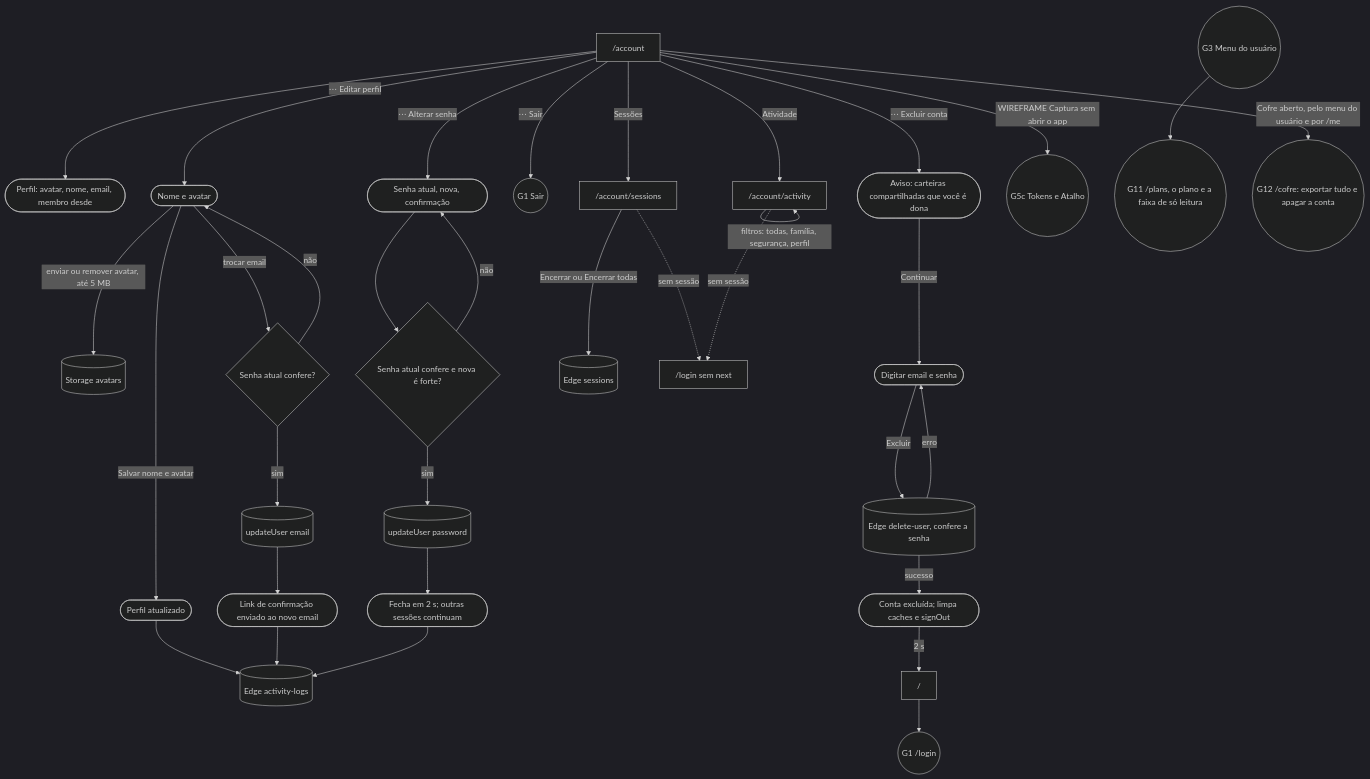
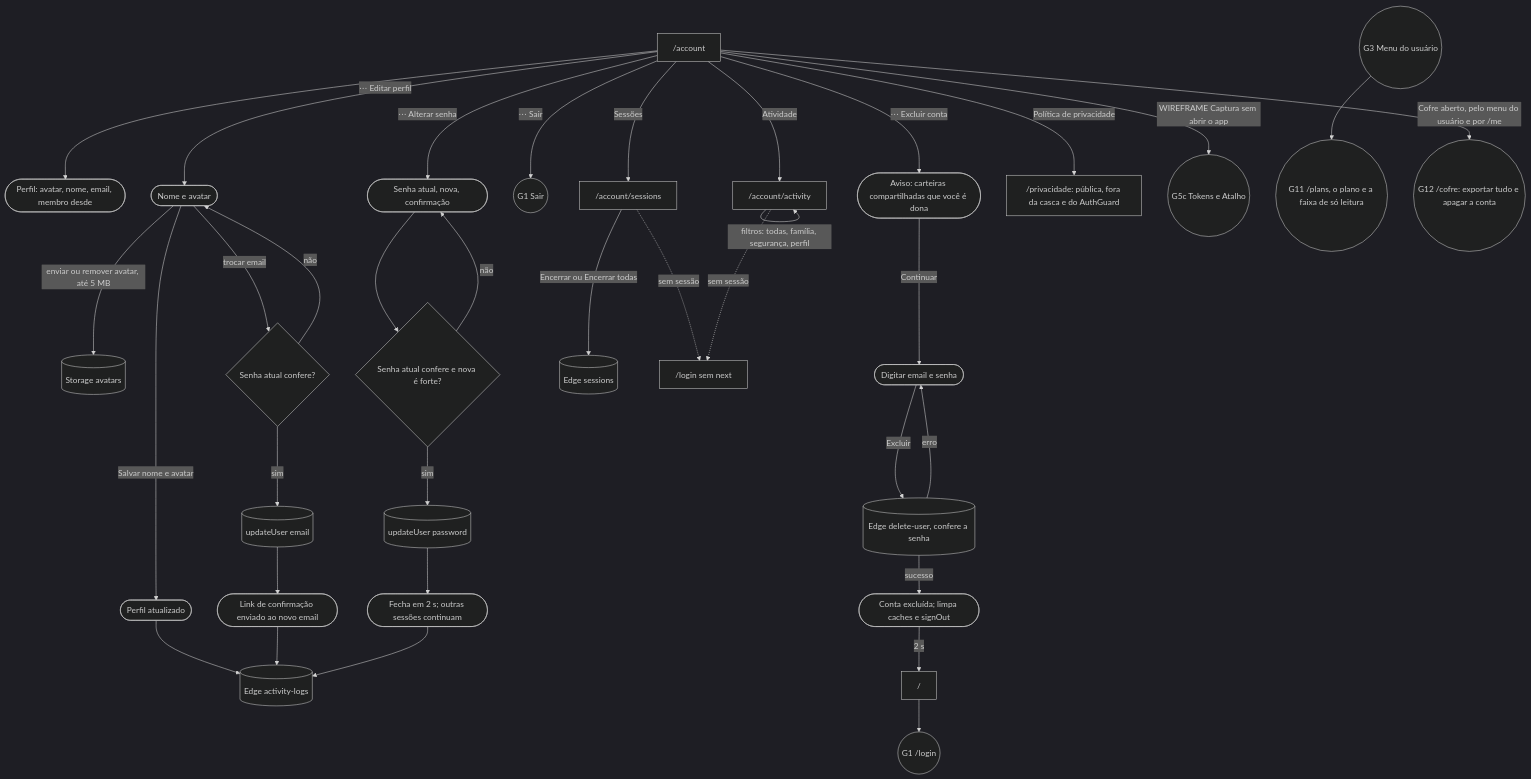
Diagram 15 of 31 in docs/JORNADAS.md (kauax2000/finance_app), drawn with Mermaid before and after one commit. The commit also changed other lines of this file and 5 other files, not shown here.

Commit message:
feat(account): a política de privacidade mora em Minha conta

````diff
--- a/docs/JORNADAS.md
+++ b/docs/JORNADAS.md
@@ -1206,38 +1207,39 @@
 ```mermaid
 %%{init: {"theme": "dark"}}%%
 flowchart TD
     account["/account"] --> card(["Perfil: avatar, nome, email, membro desde"])
     account -->|"⋯ Editar perfil"| profile(["Nome e avatar"])
     profile -->|"enviar ou remover avatar, até 5 MB"| storage[("Storage avatars")]
     profile -->|"Salvar nome e avatar"| profileOk(["Perfil atualizado"])
     profile -->|"trocar email"| emailPwd{"Senha atual confere?"}
     emailPwd -->|"não"| profile
     emailPwd -->|"sim"| emailUpd[("updateUser email")] --> emailSent(["Link de confirmação enviado ao novo email"])
     profileOk --> log[("Edge activity-logs")]
     emailSent --> log
 
     account -->|"⋯ Alterar senha"| pwd(["Senha atual, nova, confirmação"])
     pwd --> pwdCheck{"Senha atual confere e nova é forte?"}
     pwdCheck -->|"não"| pwd
     pwdCheck -->|"sim"| pwdUpd[("updateUser password")] --> pwdOk(["Fecha em 2 s; outras sessões continuam"])
     pwdOk --> log
 
     account -->|"⋯ Sair"| G1(("G1 Sair"))
     account -->|"⋯ Excluir conta"| warn(["Aviso: carteiras compartilhadas que você é dona"])
     warn -->|"Continuar"| confirmDel(["Digitar email e senha"])
     confirmDel -->|"Excluir"| delUser[("Edge delete-user, confere a senha")]
     delUser -->|"erro"| confirmDel
     delUser -->|"sucesso"| gone(["Conta excluída; limpa caches e signOut"]) -->|"2 s"| root["/"] --> login(("G1 /login"))
 
     account -->|"Sessões"| sessions["/account/sessions"]
     sessions -->|"Encerrar ou Encerrar todas"| sessFn[("Edge sessions")]
     sessions -.->|"sem sessão"| plainLogin["/login sem next"]
     account -->|"Atividade"| activity["/account/activity"]
     activity -->|"filtros: todas, família, segurança, perfil"| activity
     activity -.->|"sem sessão"| plainLogin
+    account -->|"Política de privacidade"| privacy["/privacidade: pública, fora da casca e do AuthGuard"]
 
     account -->|"WIREFRAME Captura sem abrir o app"| capTok(("G5c Tokens e Atalho"))
 
     userMenu(("G3 Menu do usuário")) --> plans(("G11 /plans, o plano e a faixa de só leitura"))
     account -->|"Cofre aberto, pelo menu do usuário e por /me"| cofre(("G12 /cofre: exportar tudo e apagar a conta"))
 ```
````
